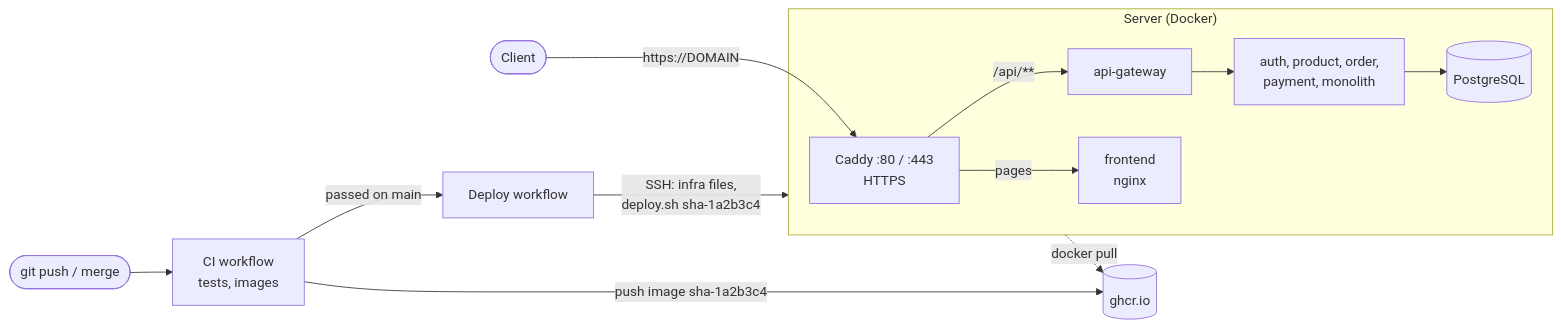
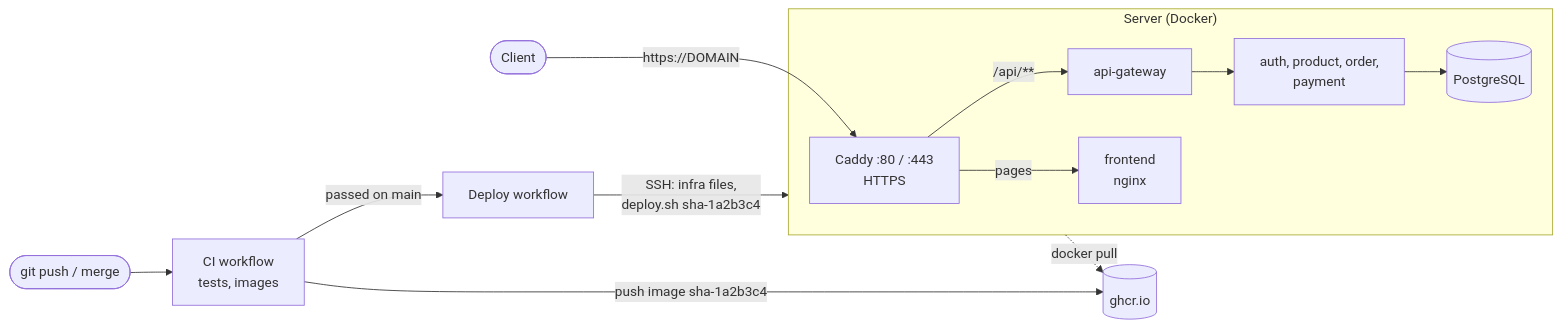
Before and after one commit to monssefbaakka/ecommerce-microservices: the diagram in docs/deployment.md, drawn with Mermaid. The commit also changed other lines of this file and 9 other files, not shown here.

````diff
--- a/docs/deployment.md
+++ b/docs/deployment.md
@@ -7,15 +7,15 @@
 ```mermaid
 flowchart LR
     dev([git push / merge]) --> ci["CI workflow<br/>tests, images"]
     ci -- "push image sha-1a2b3c4" --> ghcr[(ghcr.io)]
     ci -- "passed on main" --> deploy["Deploy workflow"]
     deploy -- "SSH: infra files,<br/>deploy.sh sha-1a2b3c4" --> server
     subgraph server["Server (Docker)"]
         caddy["Caddy :80 / :443<br/>HTTPS"] -- "/api/**" --> gateway["api-gateway"]
         caddy -- "pages" --> frontend["frontend<br/>nginx"]
-        gateway --> services["auth, product, order,<br/>payment, monolith"]
+        gateway --> services["auth, product, order,<br/>payment"]
         services --> postgres[(PostgreSQL)]
     end
     server -. "docker pull" .-> ghcr
     user([Client]) -- "https://DOMAIN" --> caddy
 ```
````
